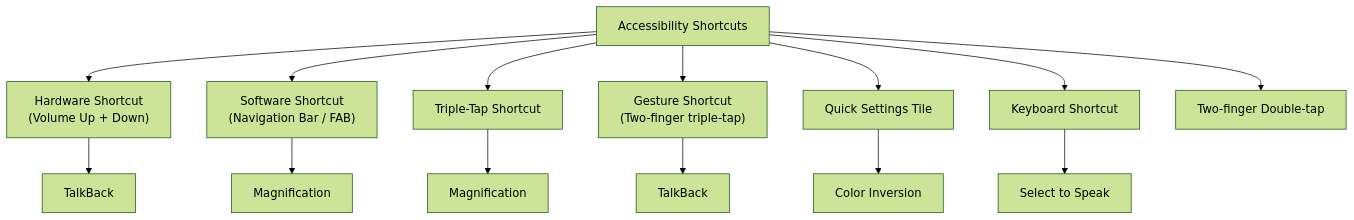
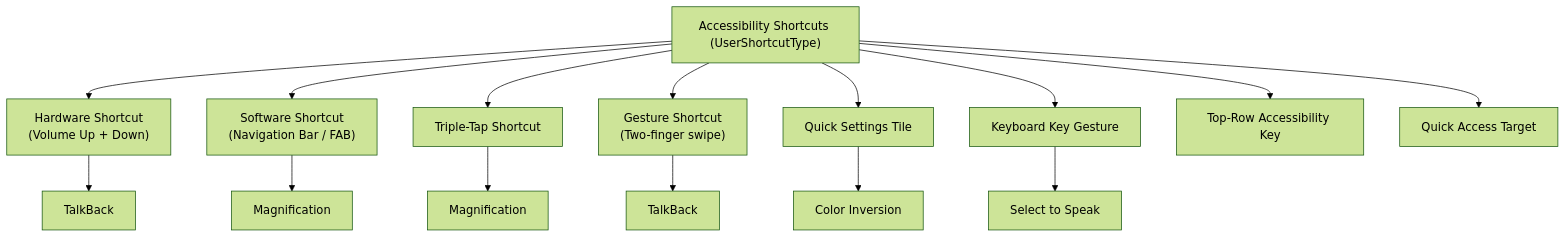
Before and after one commit to aospbooks/aosp-internal-book: diagram 19 of 22 in agents/claude/skills/aosp-ui-framework/45-accessibility.md, drawn with Mermaid (forest theme). The commit also changed other lines of this file and 232 other files, not shown here.

````diff
--- a/agents/claude/skills/aosp-ui-framework/45-accessibility.md
+++ b/agents/claude/skills/aosp-ui-framework/45-accessibility.md
@@ -2577,19 +2720,20 @@
 ```mermaid
 graph TB
-    Shortcuts["Accessibility Shortcuts"]
+    Shortcuts["Accessibility Shortcuts (UserShortcutType)"]
 
     Shortcuts --> HW["Hardware Shortcut<br/>(Volume Up + Down)"]
     Shortcuts --> SW["Software Shortcut<br/>(Navigation Bar / FAB)"]
     Shortcuts --> TT["Triple-Tap Shortcut"]
-    Shortcuts --> G["Gesture Shortcut<br/>(Two-finger triple-tap)"]
+    Shortcuts --> G["Gesture Shortcut<br/>(Two-finger swipe)"]
     Shortcuts --> QS["Quick Settings Tile"]
-    Shortcuts --> KG["Keyboard Shortcut"]
-    Shortcuts --> TFD["Two-finger Double-tap"]
+    Shortcuts --> KG["Keyboard Key Gesture"]
+    Shortcuts --> TRK["Top-Row Accessibility Key"]
+    Shortcuts --> QA["Quick Access Target"]
 
     HW --> Target1["TalkBack"]
     SW --> Target2["Magnification"]
     TT --> Target3["Magnification"]
     G --> Target4["TalkBack"]
     QS --> Target5["Color Inversion"]
     KG --> Target6["Select to Speak"]
 ```
````
